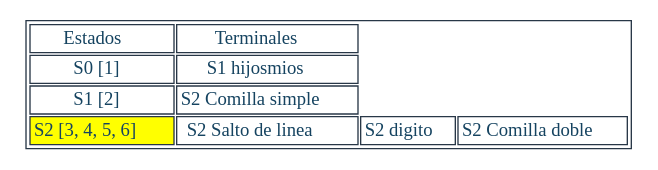
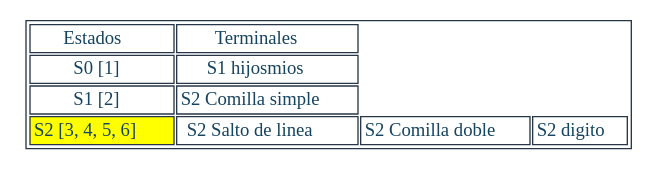
One commit to JeffMendez/OCL_Proyecto1_201901557 changed the diagram in Regexive/archivos/TRANSICIONES_201901557/EXP5.dot. Above: the diagram before and after it, drawn with Graphviz. The commit also changed 78 other files, not shown here.

```diff
--- a/Regexive/archivos/TRANSICIONES_201901557/EXP5.dot
+++ b/Regexive/archivos/TRANSICIONES_201901557/EXP5.dot
@@ -1,14 +1,14 @@
 digraph T {
 aHtmlTable [
    shape=plaintext
    color="#283747" fontcolor="#154360" label=<
 
    <table border='1' cellborder='1'>
    <tr>
       <td>Estados</td>
       <td>Terminales</td>
-   </tr><tr><td>S0 [1]</td><td>S1 hijosmios</td></tr><tr><td>S1 [2]</td><td>S2 Comilla simple</td></tr><tr><td bgcolor="yellow"> S2 [3, 4, 5, 6]</td><td>S2 Salto de linea</td><td>S2 digito</td><td>S2 Comilla doble</td></tr></table>
+   </tr><tr><td>S0 [1]</td><td>S1 hijosmios</td></tr><tr><td>S1 [2]</td><td>S2 Comilla simple</td></tr><tr><td bgcolor="yellow"> S2 [3, 4, 5, 6]</td><td>S2 Salto de linea</td><td>S2 Comilla doble</td><td>S2 digito</td></tr></table>
 
    >]; 
 
 }
```
